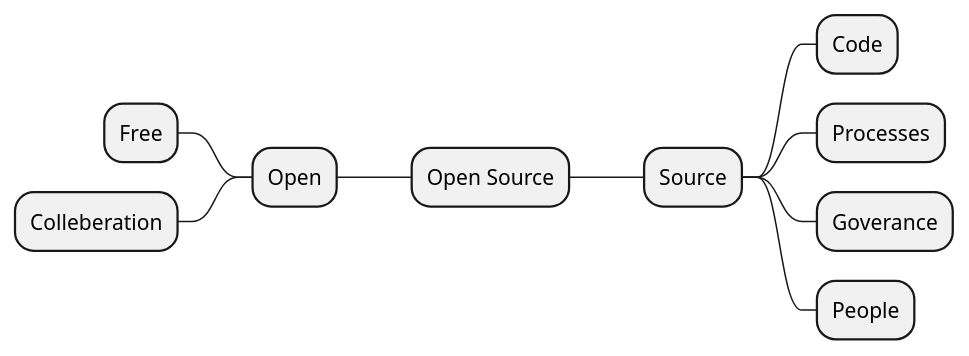
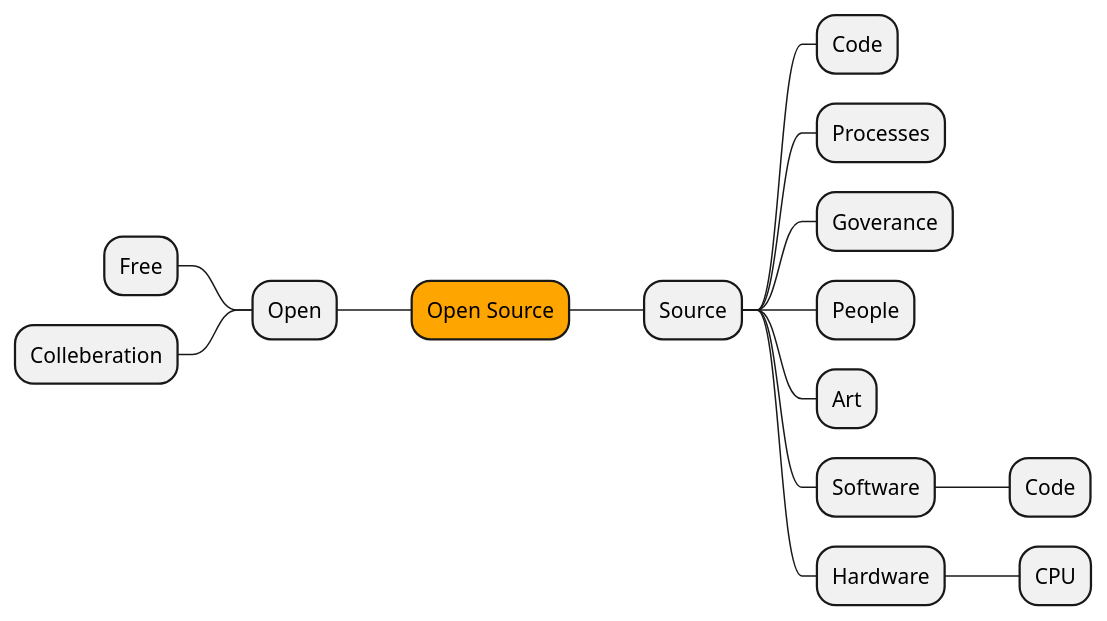
One commit to foldingbeauty/kelda changed the diagram in diagrams/source/mindmap.plantuml. Above: the diagram before and after it, drawn with PlantUML. The commit also changed 3 other files, not shown here.

```diff
--- a/diagrams/source/mindmap.plantuml
+++ b/diagrams/source/mindmap.plantuml
@@ -1,11 +1,16 @@
 @startmindmap opensource-mindmap
-- Open Source
+-[#Orange] Open Source
 -- Open
 --- Free
 --- Colleberation
 ++ Source
 +++ Code
 +++ Processes
 +++ Goverance
 +++ People
++++ Art
++++ Software
+++++ Code
++++ Hardware
+++++ CPU
 @endmindmap
```
